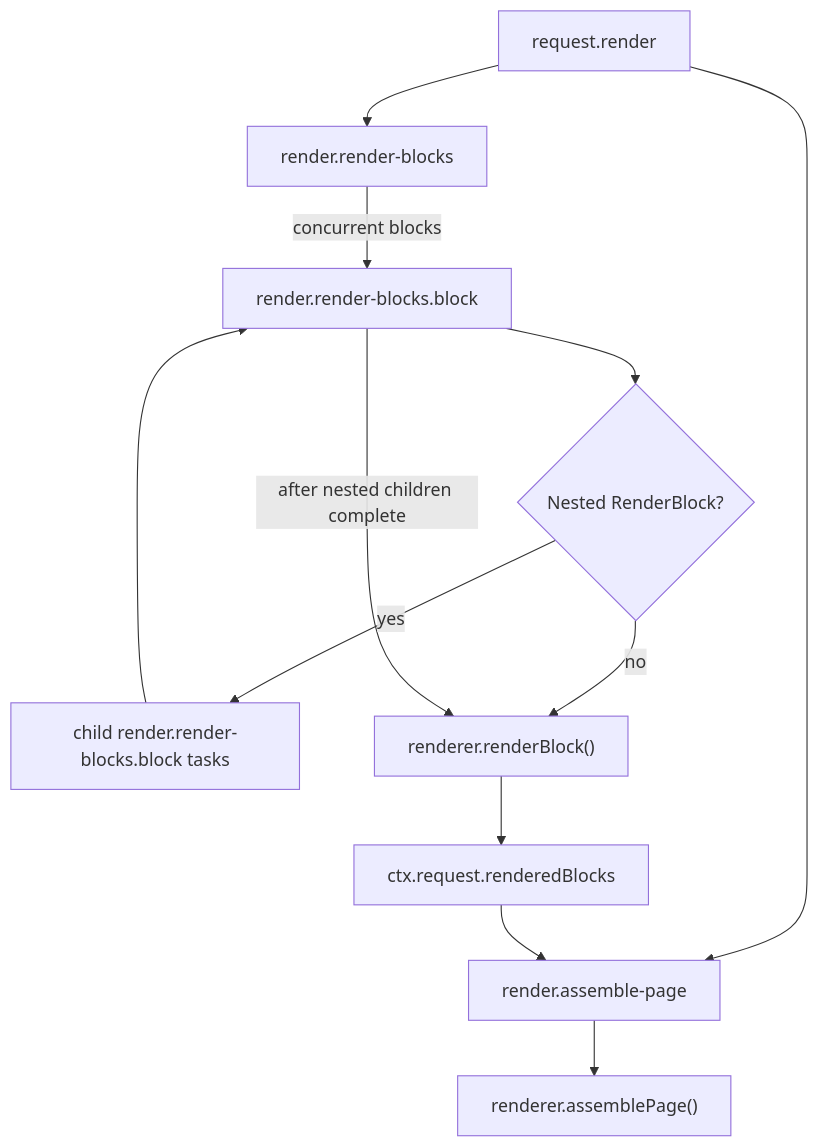
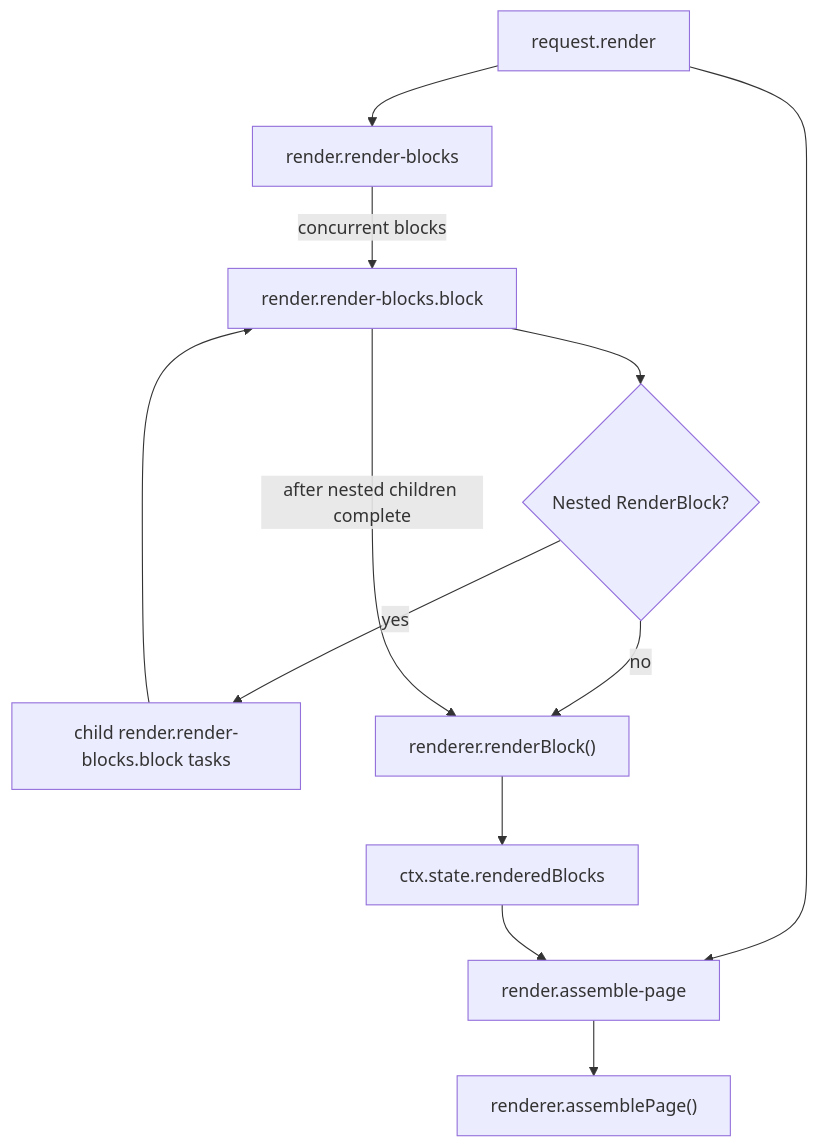
One commit to ministryofjustice/hmpps-forge changed the diagram in packages/forge-core/src/engine/concerns/render/runtime/README.md. Above: the diagram before and after it, drawn with Mermaid. The commit also changed other lines of this file and 170 other files, not shown here.

````diff
--- a/packages/forge-core/src/engine/concerns/render/runtime/README.md
+++ b/packages/forge-core/src/engine/concerns/render/runtime/README.md
@@ -82,14 +82,14 @@
 ```mermaid
 flowchart TD
   render["request.render"] --> blocks["render.render-blocks"]
   render --> assemble["render.assemble-page"]
   blocks -->|"concurrent blocks"| block["render.render-blocks.block"]
   block --> nested{"Nested RenderBlock?"}
   nested -->|yes| nestedChildren["child render.render-blocks.block tasks"]
   nestedChildren --> block
   nested -->|no| renderBlock["renderer.renderBlock()"]
   block -->|"after nested children complete"| renderBlock
-  renderBlock --> rendered["ctx.request.renderedBlocks"]
+  renderBlock --> rendered["ctx.state.renderedBlocks"]
   rendered --> assemble
   assemble --> output["renderer.assemblePage()"]
 ```
````
